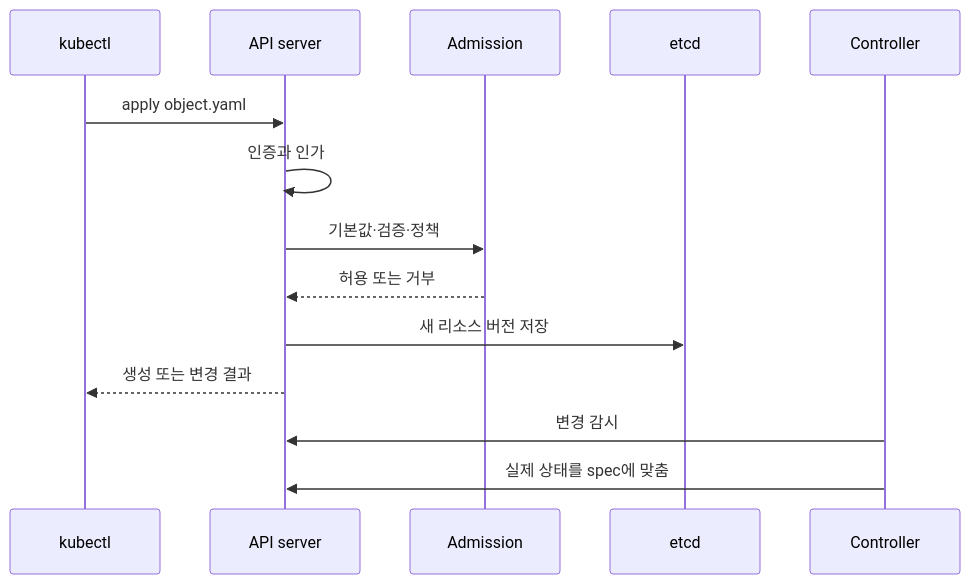
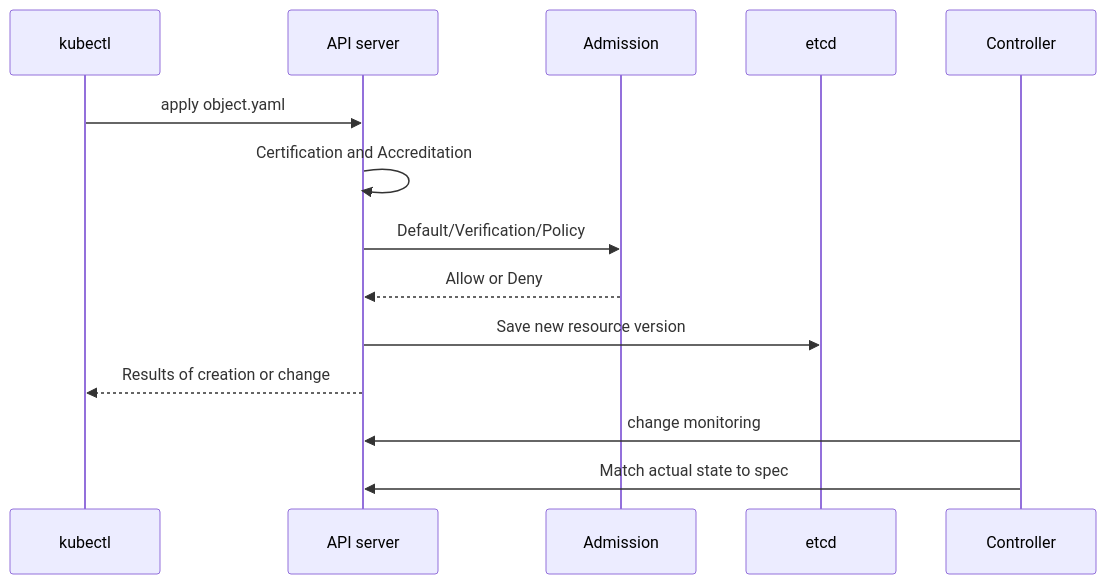
The fourth of 4 diagrams in docs-site/content/kubernetes/02-api-and-objects.md (nohdol97/nohdol-study), drawn with Mermaid before and after one commit. The commit also changed other lines of this file and 116 other files, not shown here.

````diff
--- a/docs-site/content/kubernetes/02-api-and-objects.md
+++ b/docs-site/content/kubernetes/02-api-and-objects.md
@@ -163,16 +163,16 @@
 ```mermaid
 sequenceDiagram
     participant K as kubectl
     participant A as API server
     participant M as Admission
     participant E as etcd
     participant C as Controller
     K->>A: apply object.yaml
-    A->>A: 인증과 인가
-    A->>M: 기본값·검증·정책
-    M-->>A: 허용 또는 거부
-    A->>E: 새 리소스 버전 저장
-    A-->>K: 생성 또는 변경 결과
-    C->>A: 변경 감시
-    C->>A: 실제 상태를 spec에 맞춤
+    A->>A: Certification and Accreditation
+    A->>M: Default/Verification/Policy
+    M-->>A: Allow or Deny
+    A->>E: Save new resource version
+    A-->>K: Results of creation or change
+    C->>A: change monitoring
+    C->>A: Match actual state to spec
 ```
````
